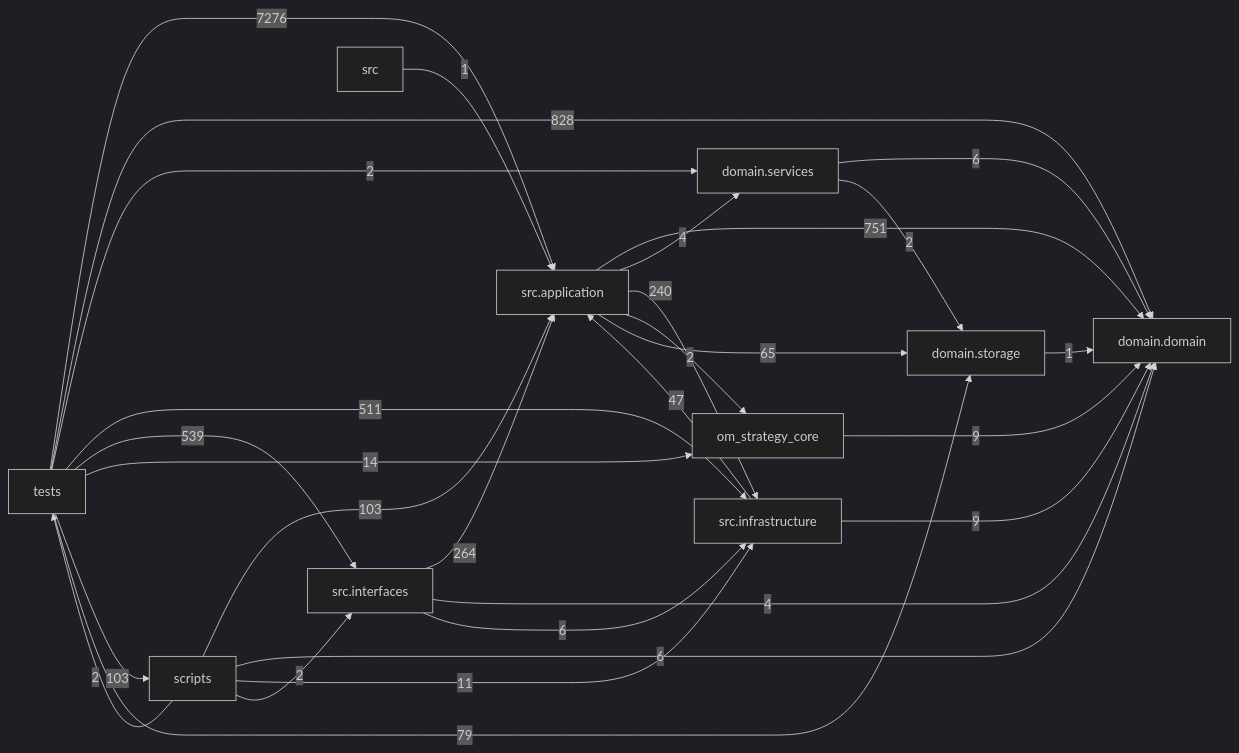
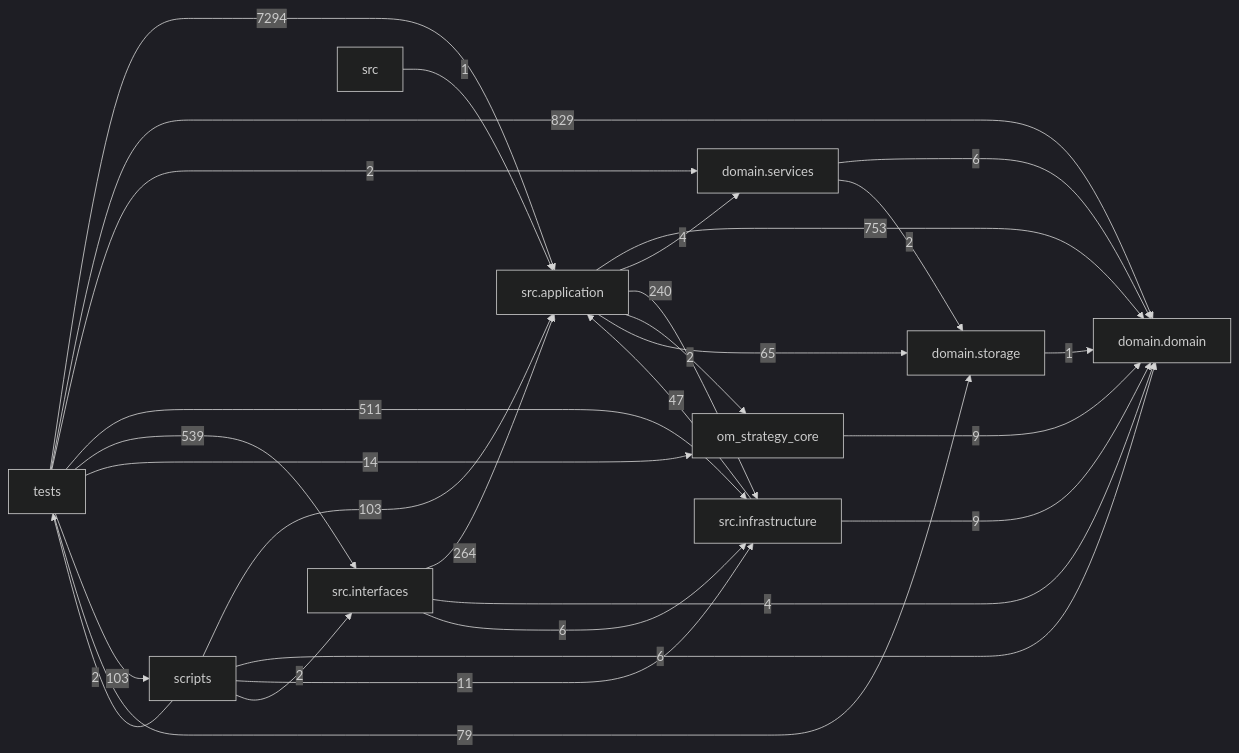
Before and after one commit to liuxie066/options-monitor: the diagram in docs/DEPENDENCY_GRAPH.md, drawn with Mermaid (dark theme). The commit also changed other lines of this file and 14 other files, not shown here.

````diff
--- a/docs/DEPENDENCY_GRAPH.md
+++ b/docs/DEPENDENCY_GRAPH.md
@@ -24,39 +24,39 @@
 ```mermaid
 flowchart LR
   tests["tests"]
   scripts["scripts"]
   interfaces["src.interfaces"]
   application["src.application"]
   infrastructure["src.infrastructure"]
   domain_services["domain.services"]
   domain["domain.domain"]
   storage["domain.storage"]
-  application -->|751| domain
+  application -->|753| domain
   application -->|4| domain_services
   application -->|240| infrastructure
   application -->|2| om_strategy_core
   application -->|65| storage
   domain_services -->|6| domain
   domain_services -->|2| storage
   infrastructure -->|47| application
   infrastructure -->|9| domain
   interfaces -->|264| application
   interfaces -->|4| domain
   interfaces -->|6| infrastructure
   om_strategy_core -->|9| domain
   scripts -->|103| application
   scripts -->|6| domain
   scripts -->|11| infrastructure
   scripts -->|2| interfaces
   scripts -->|2| tests
   src -->|1| application
   storage -->|1| domain
-  tests -->|7276| application
-  tests -->|828| domain
+  tests -->|7294| application
+  tests -->|829| domain
   tests -->|2| domain_services
   tests -->|511| infrastructure
   tests -->|539| interfaces
   tests -->|14| om_strategy_core
   tests -->|103| scripts
   tests -->|79| storage
 ```
````
